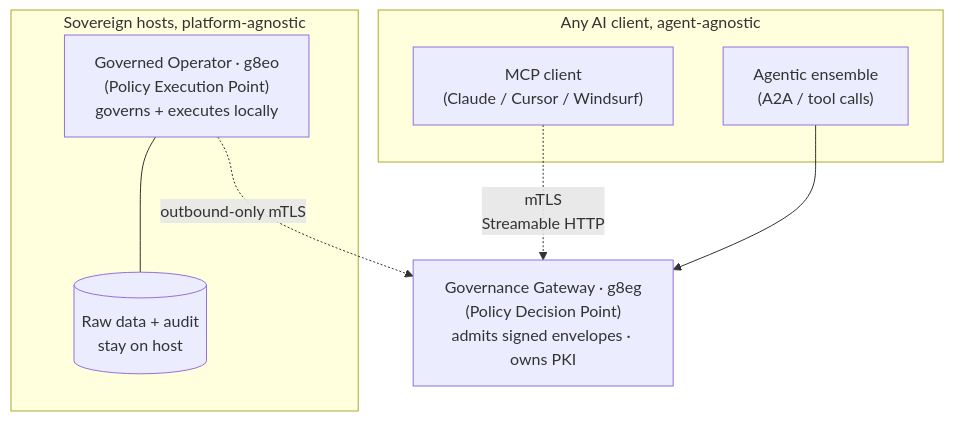
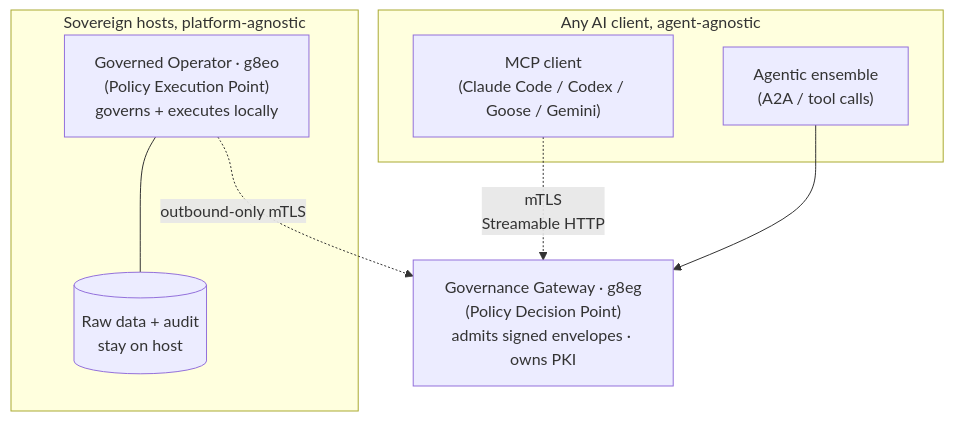
Before and after one commit to g8e-ai/g8e: the diagram in docs/diagrams/graph-gateway-fleet-single-host-http-mtls.md, drawn with Mermaid. The commit also changed other lines of this file and 136 other files, not shown here.

````diff
--- a/docs/diagrams/graph-gateway-fleet-single-host-http-mtls.md
+++ b/docs/diagrams/graph-gateway-fleet-single-host-http-mtls.md
@@ -5,19 +5,19 @@
 ```mermaid
 graph TD
     subgraph Clients ["Any AI client, agent-agnostic"]
-        C1["MCP client<br/>(Claude / Cursor / Windsurf)"]
+        C1["MCP client<br/>(Claude Code / Codex / Goose / Gemini)"]
         C2["Agentic ensemble<br/>(A2A / tool calls)"]
     end
 
     GW["Governance Gateway · g8eg<br/>(Policy Decision Point)<br/>admits signed envelopes · owns PKI"]
 
     subgraph Fleet ["Sovereign hosts, platform-agnostic"]
         O1["Governed Operator · g8eo<br/>(Policy Execution Point)<br/>governs + executes locally"]
         D1[("Raw data + audit<br/>stay on host")]
         O1 --- D1
     end
 
     C1 -. "mTLS<br/>Streamable HTTP" .-> GW
     C2 --> GW
     O1 -. "outbound-only mTLS" .-> GW
 ```
````
